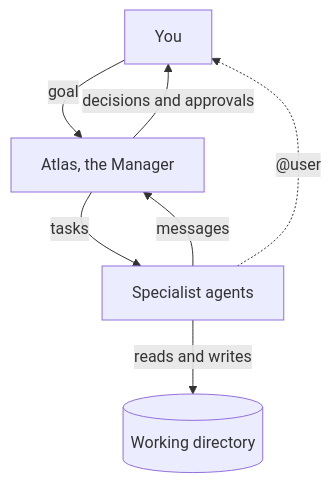
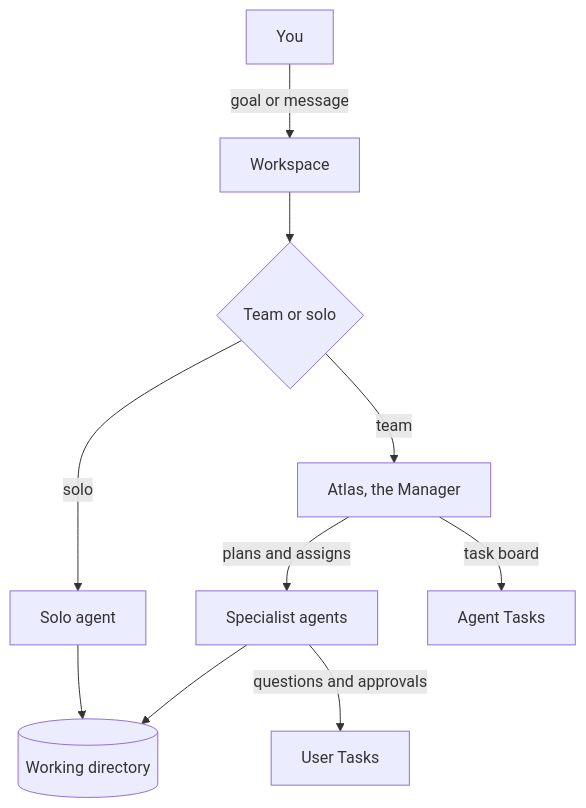
Before and after one commit to Syndicate-Labs-Inc/docs: the diagram in features/overview.mdx, drawn with Mermaid. The commit also changed other lines of this file and 7 other files, not shown here.

````diff
--- a/features/overview.mdx
+++ b/features/overview.mdx
@@ -43,9 +10,12 @@
 ```mermaid
 flowchart TD
-  U[You] -->|goal| A[Atlas, the Manager]
-  A -->|tasks| AG1[Specialist agents]
-  AG1 -->|messages| A
-  AG1 -->|reads and writes| P[(Working directory)]
-  A -->|decisions and approvals| U
-  AG1 -.->|"@user"| U
+  U[You] -->|goal or message| W[Workspace]
+  W --> T{Team or solo}
+  T -->|team| A[Atlas, the Manager]
+  A -->|plans and assigns| AG[Specialist agents]
+  T -->|solo| S[Solo agent]
+  AG --> P[(Working directory)]
+  S --> P
+  AG -->|questions and approvals| UT[User Tasks]
+  A -->|task board| AT[Agent Tasks]
 ```
````
